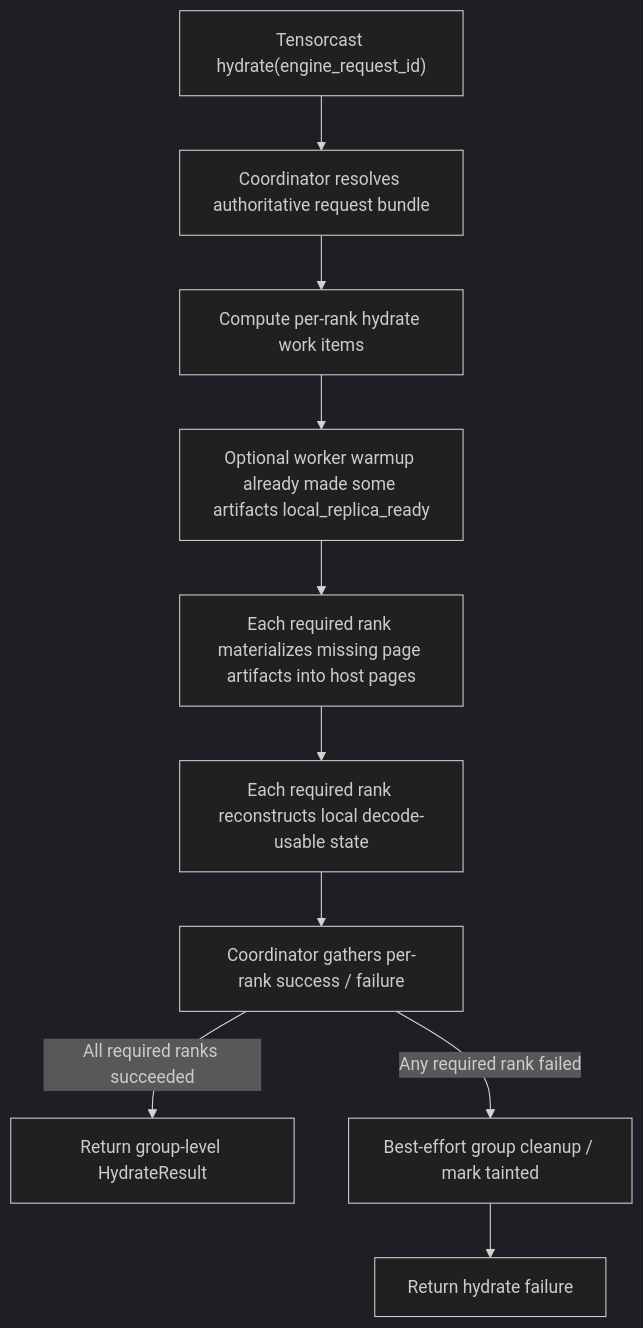
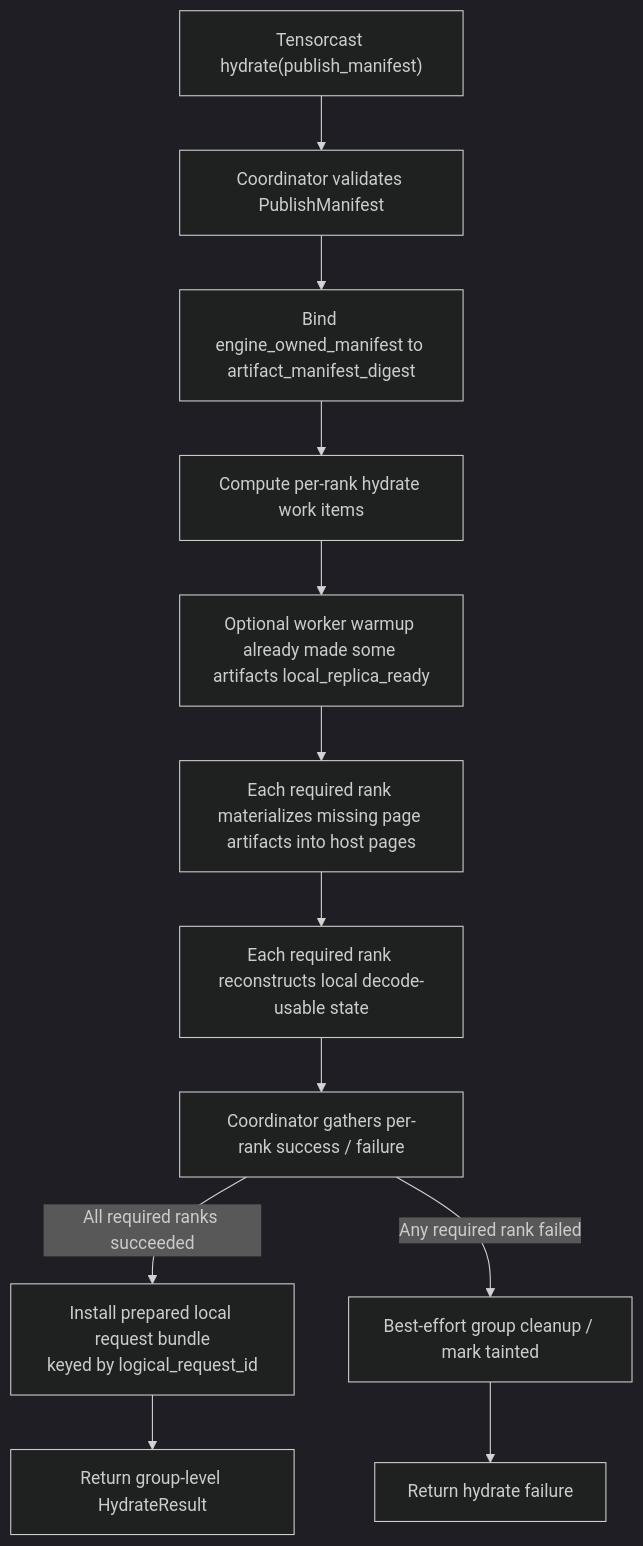
One commit to tensorcast-ai/sglang changed diagram 14 of 20 in docs/tensorcast/tensorcast_kv_integration.md. Above: the diagram before and after it, drawn with Mermaid (dark theme). The commit also changed other lines of this file and 2 other files, not shown here.

Commit message:
doc: update design & plan for tensorcast KV integration

````diff
--- a/docs/tensorcast/tensorcast_kv_integration.md
+++ b/docs/tensorcast/tensorcast_kv_integration.md
@@ -859,12 +1214,14 @@
 ```mermaid
 flowchart TD
-    A["Tensorcast hydrate(engine_request_id)"] --> B["Coordinator resolves authoritative request bundle"]
-    B --> C["Compute per-rank hydrate work items"]
-    C --> D["Optional worker warmup already made some artifacts local_replica_ready"]
-    D --> E["Each required rank materializes missing page artifacts into host pages"]
-    E --> F["Each required rank reconstructs local decode-usable state"]
-    F --> G["Coordinator gathers per-rank success / failure"]
-    G -->|All required ranks succeeded| H["Return group-level HydrateResult"]
-    G -->|Any required rank failed| I["Best-effort group cleanup / mark tainted"]
-    I --> J["Return hydrate failure"]
+    A["Tensorcast hydrate(publish_manifest)"] --> B["Coordinator validates PublishManifest"]
+    B --> C["Bind engine_owned_manifest to artifact_manifest_digest"]
+    C --> D["Compute per-rank hydrate work items"]
+    D --> E["Optional worker warmup already made some artifacts local_replica_ready"]
+    E --> F["Each required rank materializes missing page artifacts into host pages"]
+    F --> G["Each required rank reconstructs local decode-usable state"]
+    G --> H["Coordinator gathers per-rank success / failure"]
+    H -->|All required ranks succeeded| I["Install prepared local request bundle<br/>keyed by logical_request_id"]
+    H -->|Any required rank failed| J["Best-effort group cleanup / mark tainted"]
+    I --> K["Return group-level HydrateResult"]
+    J --> L["Return hydrate failure"]
 ```
````
